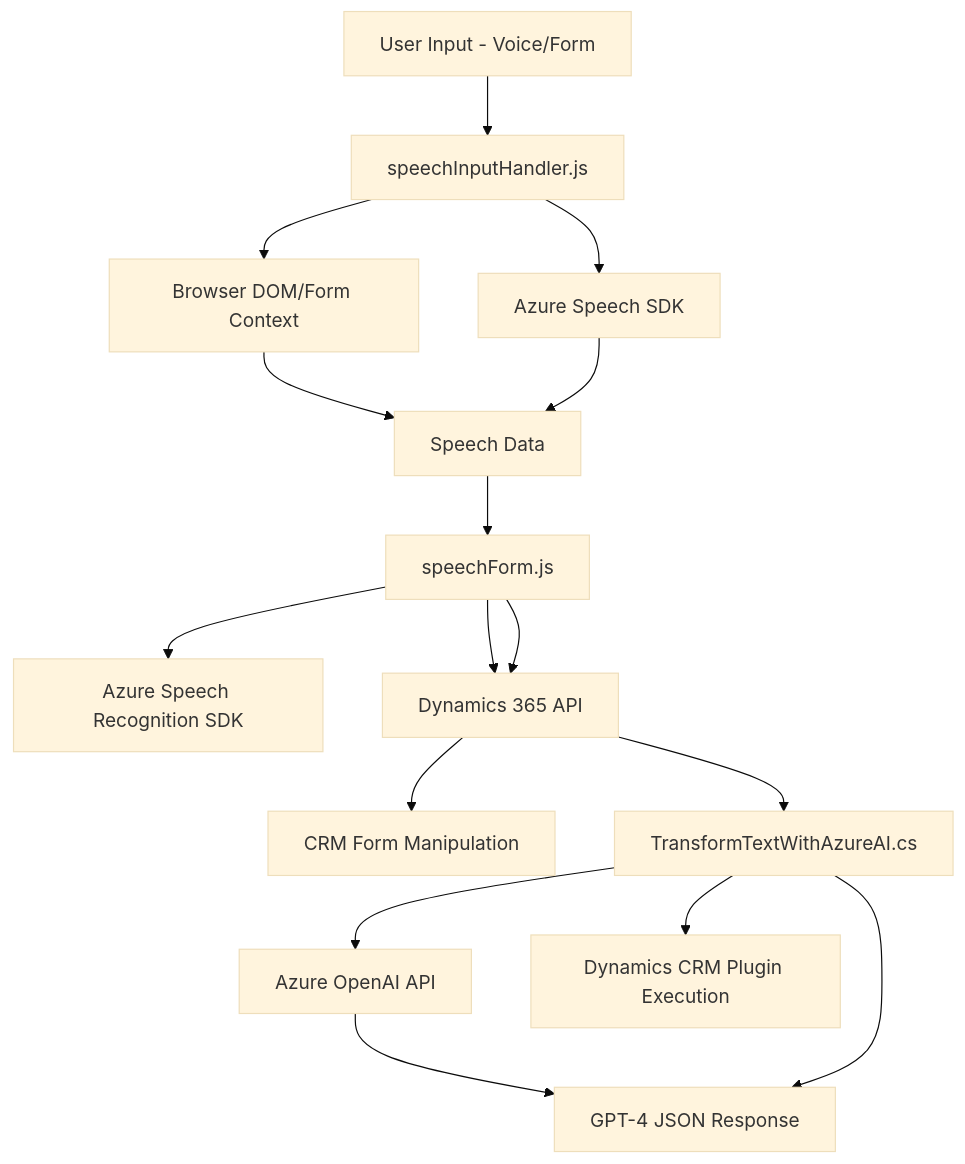
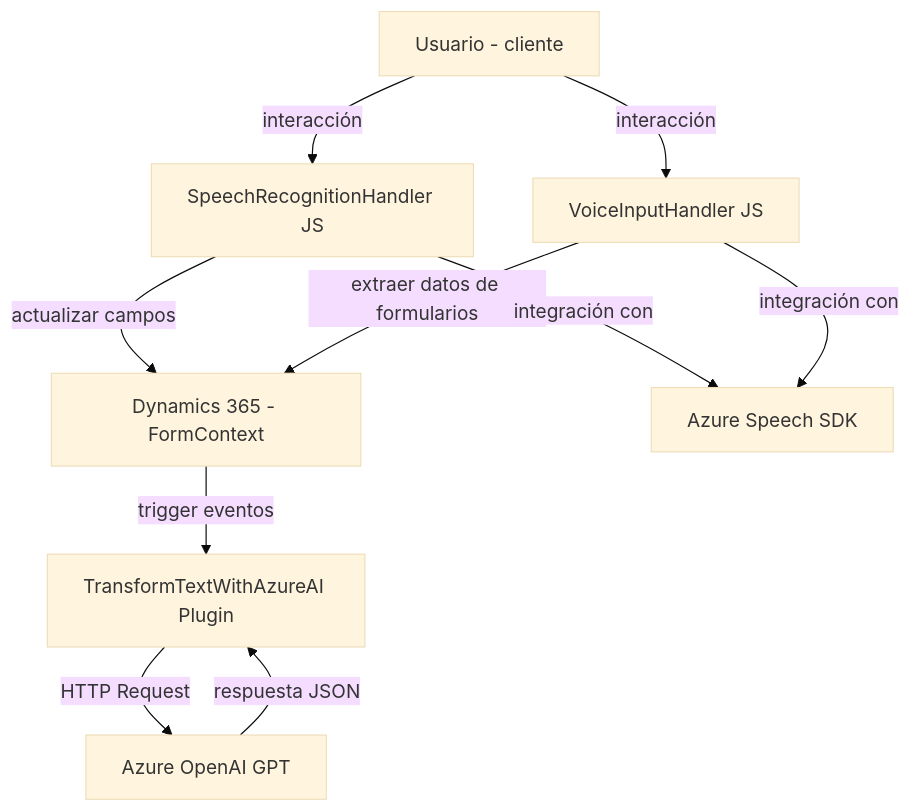
One commit to blopezdm/NETCORE_BILBAO2025 changed the diagram in README.md. Above: the diagram before and after it, drawn with Mermaid (base theme). The commit also changed other lines of this file, not shown here.

Commit message:
Actualizar análisis global de la solución con IA

````diff
--- a/README.md
+++ b/README.md
@@ -49,18 +62,13 @@
 ```mermaid
 graph TD
-    A["User Input - Voice/Form"] --> B["speechInputHandler.js"]
-    B --> C["Azure Speech SDK"]
-    B --> D["Browser DOM/Form Context"]
-    D --> E["Speech Data"]
-    C --> E
-    E --> F["speechForm.js"]
-    F --> G["Azure Speech Recognition SDK"]
-    F --> H["Dynamics 365 API"]
-    H --> I["CRM Form Manipulation"]
-    F --> H
-    H --> J["TransformTextWithAzureAI.cs"]
-    J --> K["Azure OpenAI API"]
-    J --> L["Dynamics CRM Plugin Execution"]
-    K --> M["GPT-4 JSON Response"]
-    J --> M  
+    A["Usuario - cliente"] -->|interacción| B["SpeechRecognitionHandler JS"]
+    A -->|interacción| C["VoiceInputHandler JS"]
+    B -->|actualizar campos| D["Dynamics 365 - FormContext"]
+    C -->|extraer datos de formularios| D
+    B -->|integración con| E["Azure Speech SDK"]
+    C -->|integración con| E
+    F["TransformTextWithAzureAI Plugin"]
+    D -->|trigger eventos| F
+    F -->|HTTP Request| G["Azure OpenAI GPT"]
+    G -->|respuesta JSON| F
 ```
````
